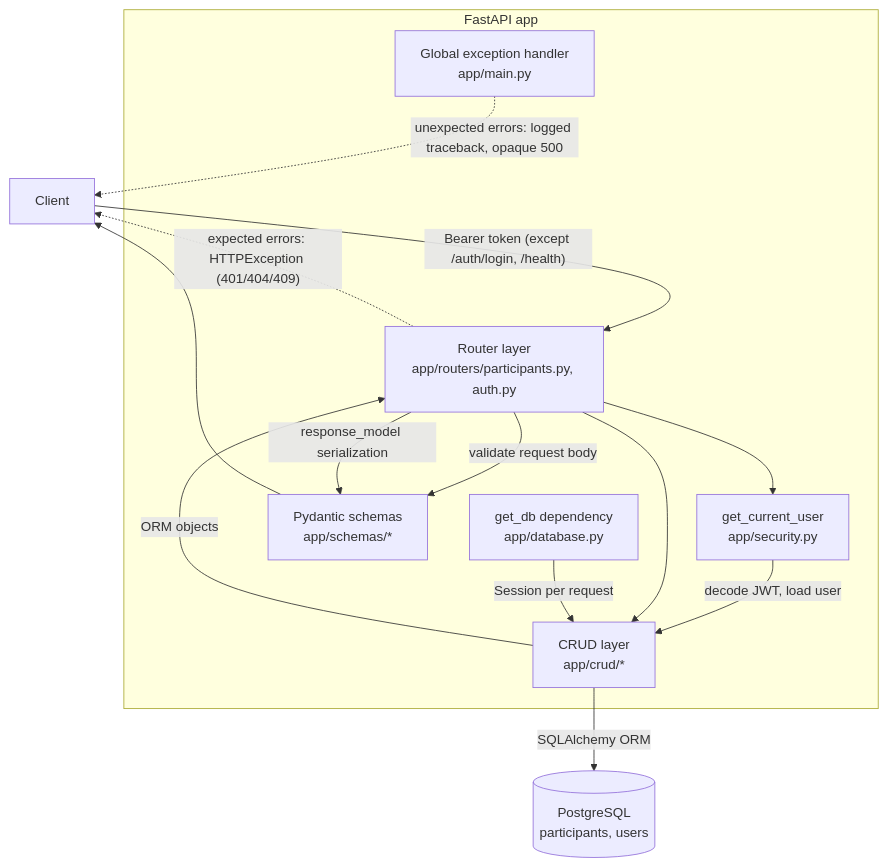
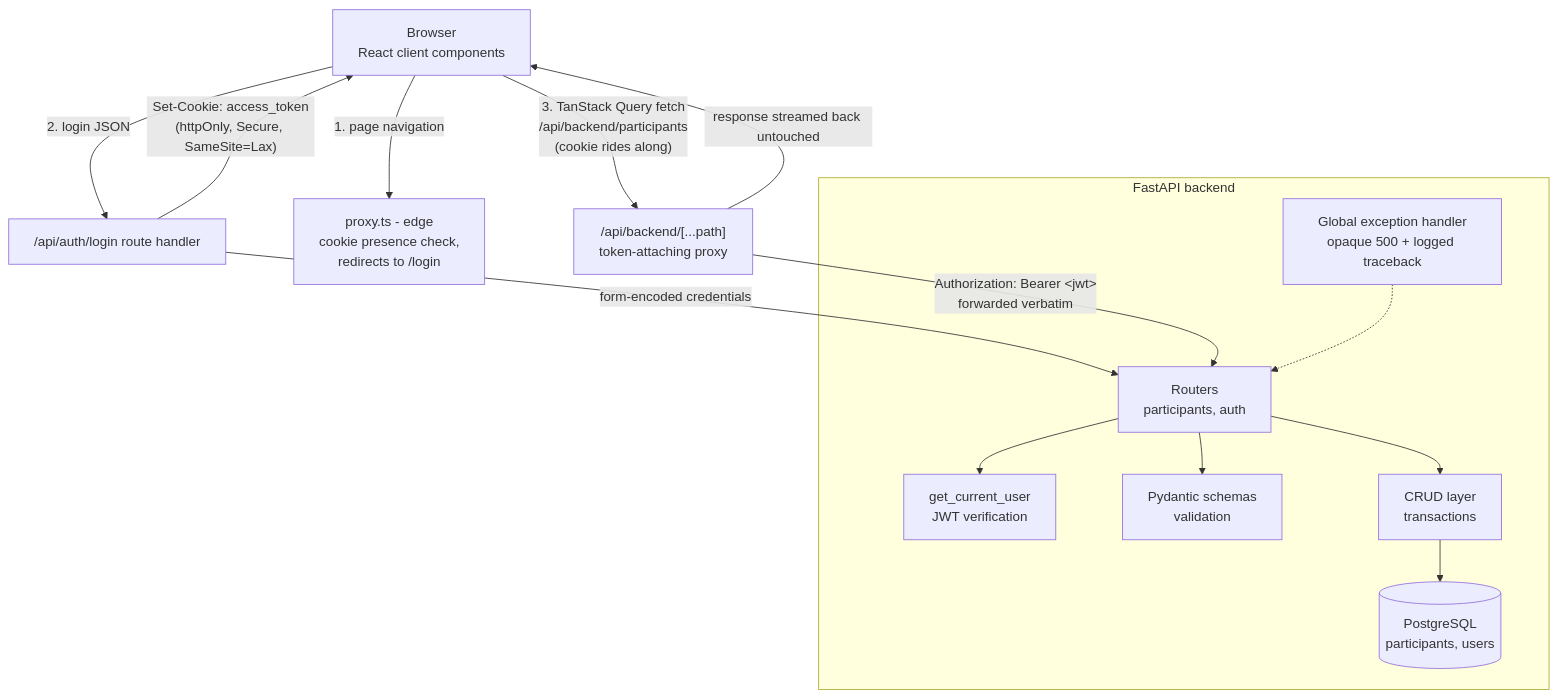
Before and after one commit to guramnozadze/clinical-dashboard: the diagram in docs/architecture.md, drawn with Mermaid. The commit also changed other lines of this file and 1 other file, not shown here.

Commit message:
docs: update README and architecture for full-stack frontend + backend

````diff
--- a/docs/architecture.md
+++ b/docs/architecture.md
@@ -5,26 +9,19 @@
 ```mermaid
 flowchart TD
-    C[Client] -->|"Bearer token (except /auth/login, /health)"| R
+    B[Browser<br/>React client components] -->|"1. page navigation"| PX[proxy.ts - edge<br/>cookie presence check,<br/>redirects to /login]
+    B -->|"2. login JSON"| LH["/api/auth/login route handler"]
+    LH -->|form-encoded credentials| FA
+    LH -->|"Set-Cookie: access_token<br/>(httpOnly, Secure, SameSite=Lax)"| B
+    B -->|"3. TanStack Query fetch<br/>/api/backend/participants<br/>(cookie rides along)"| PR["/api/backend/[...path]<br/>token-attaching proxy"]
+    PR -->|"Authorization: Bearer &lt;jwt&gt;<br/>forwarded verbatim"| FA
 
-    subgraph FastAPI app
-        R[Router layer<br/>app/routers/participants.py, auth.py]
-        A[get_current_user<br/>app/security.py]
-        S[Pydantic schemas<br/>app/schemas/*]
-        CR[CRUD layer<br/>app/crud/*]
-        D[get_db dependency<br/>app/database.py]
-        E[Global exception handler<br/>app/main.py]
+    subgraph FastAPI backend
+        FA[Routers<br/>participants, auth] --> DEP[get_current_user<br/>JWT verification]
+        FA --> S[Pydantic schemas<br/>validation]
+        FA --> CR[CRUD layer<br/>transactions]
+        CR --> DB[(PostgreSQL<br/>participants, users)]
+        EH[Global exception handler<br/>opaque 500 + logged traceback] -.-> FA
     end
 
-    R --> A
-    A -->|decode JWT, load user| CR
-    R -->|validate request body| S
-    R --> CR
-    D -->|Session per request| CR
-    CR -->|SQLAlchemy ORM| P[(PostgreSQL<br/>participants, users)]
-    CR -->|ORM objects| R
-    R -->|response_model serialization| S
-    S --> C
-
-    R -.->|"expected errors: HTTPException (401/404/409)"| C
-    E -.->|"unexpected errors: logged traceback, opaque 500"| C
+    PR -->|response streamed back untouched| B
 ```
````
